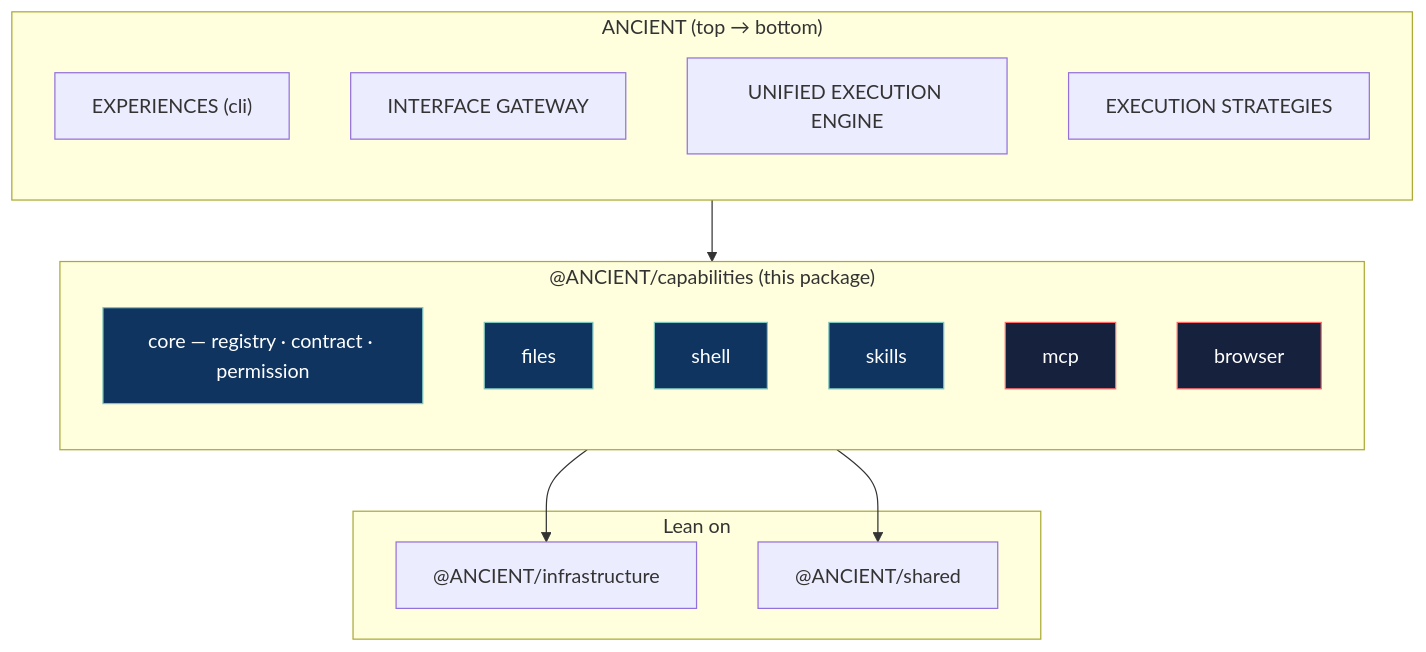
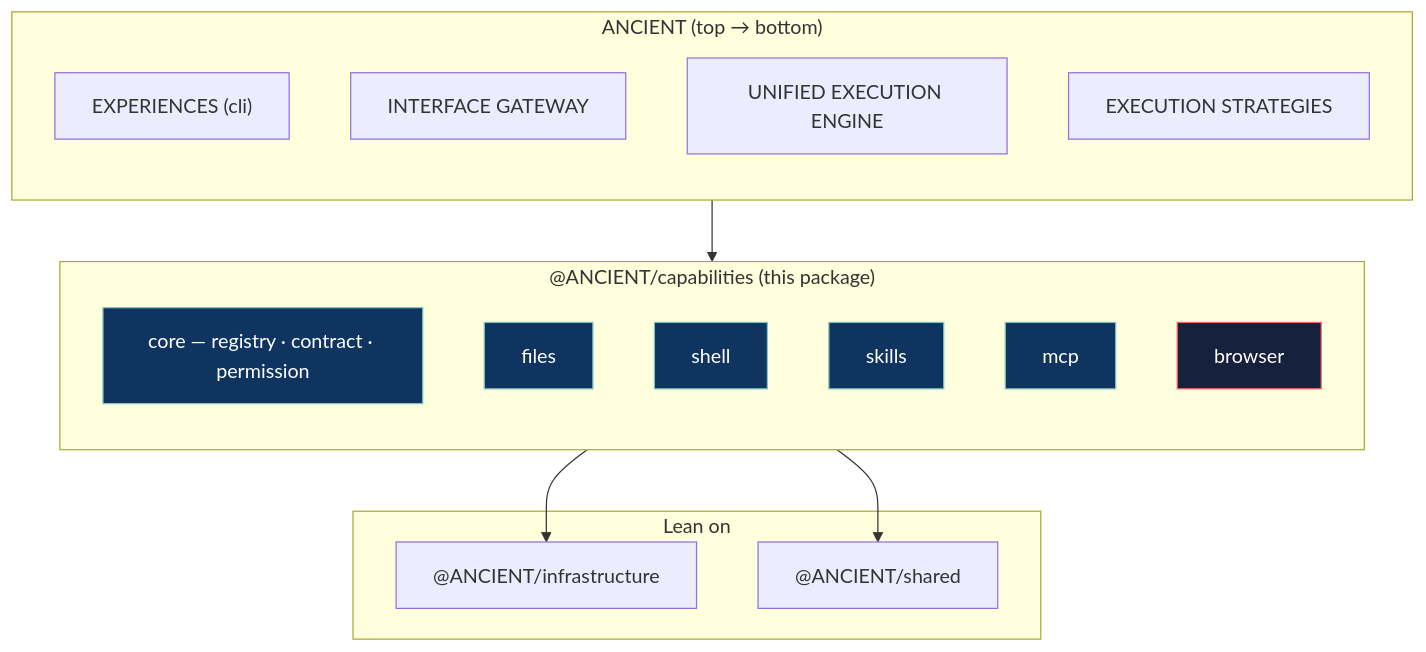
Before and after one commit to D-engahmed/ancient: the first of 2 diagrams in packages/capabilities/README.md, drawn with Mermaid. The commit also changed other lines of this file and 1 other file, not shown here.

First line of the commit message:
docs(capabilities): mark mcp sub-layer done (README + CAPABILITIES.md)

````diff
--- a/packages/capabilities/README.md
+++ b/packages/capabilities/README.md
@@ -7,36 +7,36 @@
 ```mermaid
 flowchart TB
     subgraph LAYERS["ANCIENT (top → bottom)"]
         direction TB
         EXP["EXPERIENCES (cli)"]
         GW["INTERFACE GATEWAY"]
         ENG["UNIFIED EXECUTION ENGINE"]
         STRAT["EXECUTION STRATEGIES"]
     end
 
     subgraph CAP["@ANCIENT/capabilities (this package)"]
         direction TB
         CORE["core — registry · contract · permission"]
         FILES["files"]
         SHELL["shell"]
         SKILLS["skills"]
         MCP["mcp"]
         BROWSER["browser"]
     end
 
     subgraph LOWER["Lean on"]
         INFRA["@ANCIENT/infrastructure"]
         SHARED["@ANCIENT/shared"]
     end
 
     LAYERS --> CAP
     CAP --> INFRA
     CAP --> SHARED
 
     style CORE fill:#0f3460,stroke:#7FC4BE,color:#fff
     style FILES fill:#0f3460,stroke:#7FC4BE,color:#fff
     style SHELL fill:#0f3460,stroke:#7FC4BE,color:#fff
     style SKILLS fill:#0f3460,stroke:#7FC4BE,color:#fff
-    style MCP fill:#16213e,stroke:#ff6b6b,color:#fff
+    style MCP fill:#0f3460,stroke:#7FC4BE,color:#fff
     style BROWSER fill:#16213e,stroke:#ff6b6b,color:#fff
 ```
````
